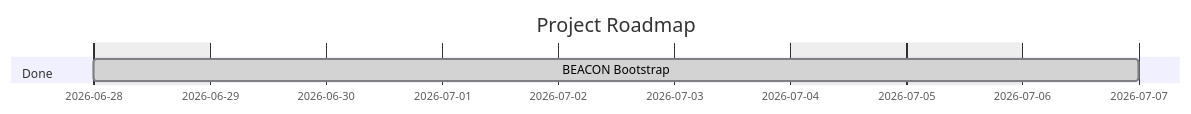
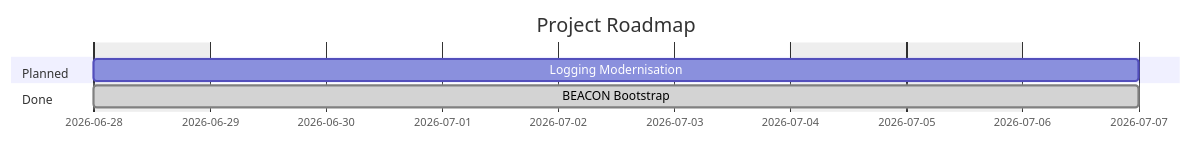
The diagram in ROADMAP.md (darth-veitcher/comfydv), drawn with Mermaid before and after one commit. The commit also changed other lines of this file and 12 other files, not shown here.

````diff
--- a/ROADMAP.md
+++ b/ROADMAP.md
@@ -9,10 +9,13 @@
 ```mermaid
 gantt
     title Project Roadmap
     dateFormat  YYYY-MM-DD
     excludes    weekends
 
+    section Planned
+    Logging Modernisation :logging-modernisation, 2026-06-28, 7d
+
     section Done
     BEACON Bootstrap :done, beacon-bootstrap, 2026-06-28, 7d
 
 ```
````
